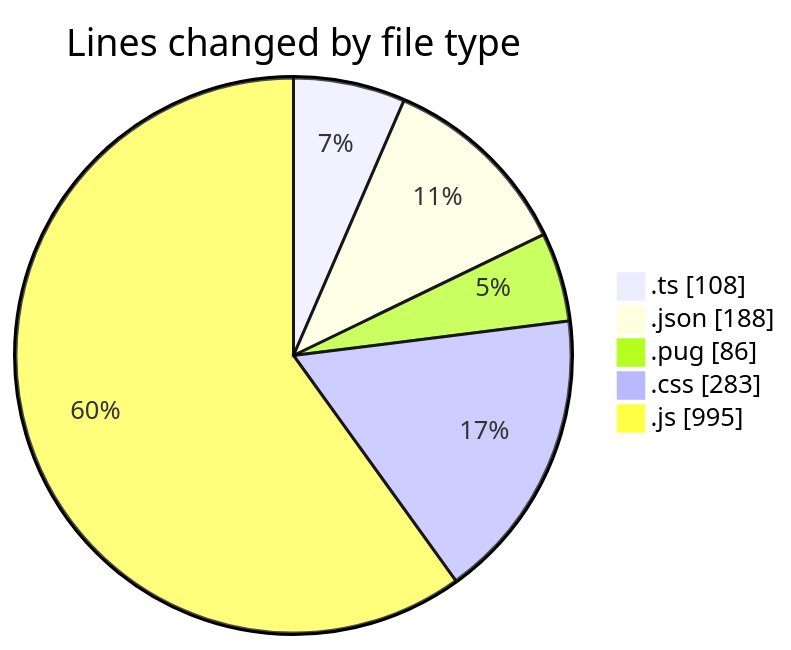
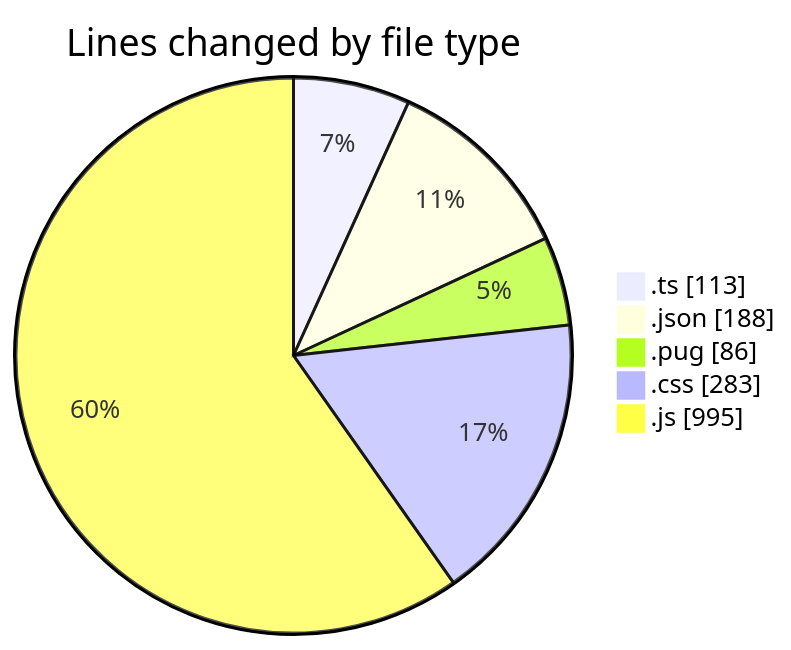
One commit to momahboobian/code-tracking changed the first of 2 diagrams in 2025-02-24/cda/README.md. Above: the diagram before and after it, drawn with Mermaid. The commit also changed other lines of this file and 1 other file, not shown here.

````diff
--- a/2025-02-24/cda/README.md
+++ b/2025-02-24/cda/README.md
@@ -34,9 +34,9 @@
 ```mermaid
 pie showData
 title Lines changed by file type
-".ts" : 108
+".ts" : 113
 ".json" : 188
 ".pug" : 86
 ".css" : 283
 ".js" : 995
 ```
````
